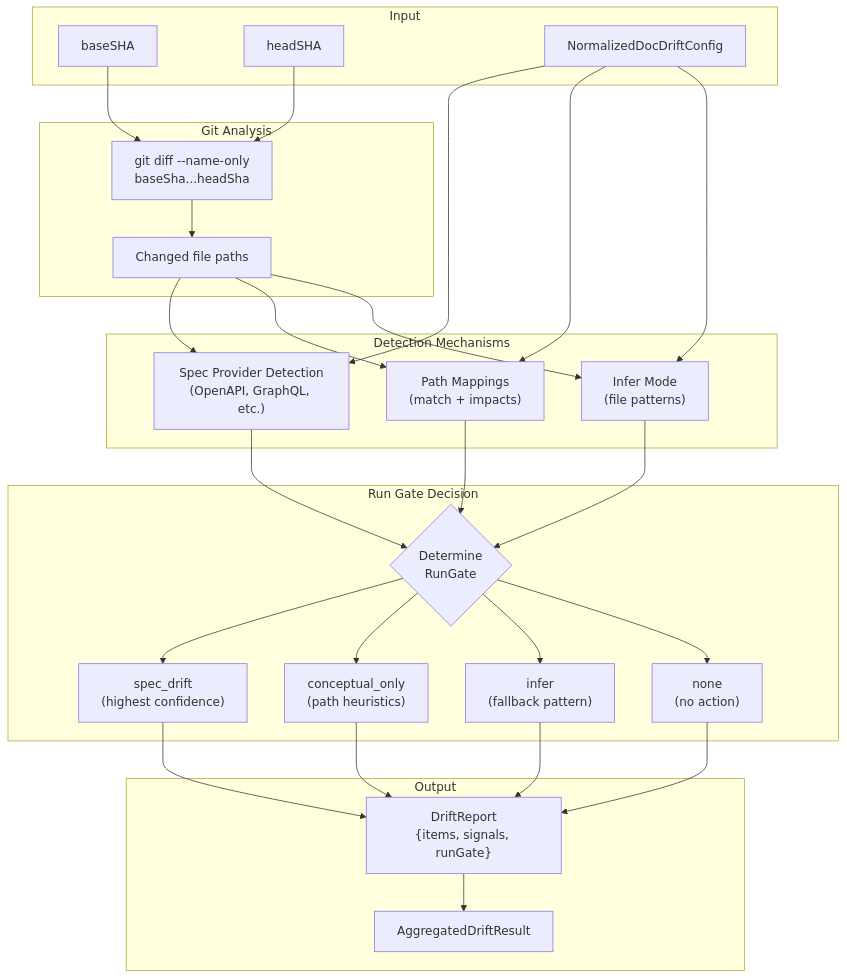
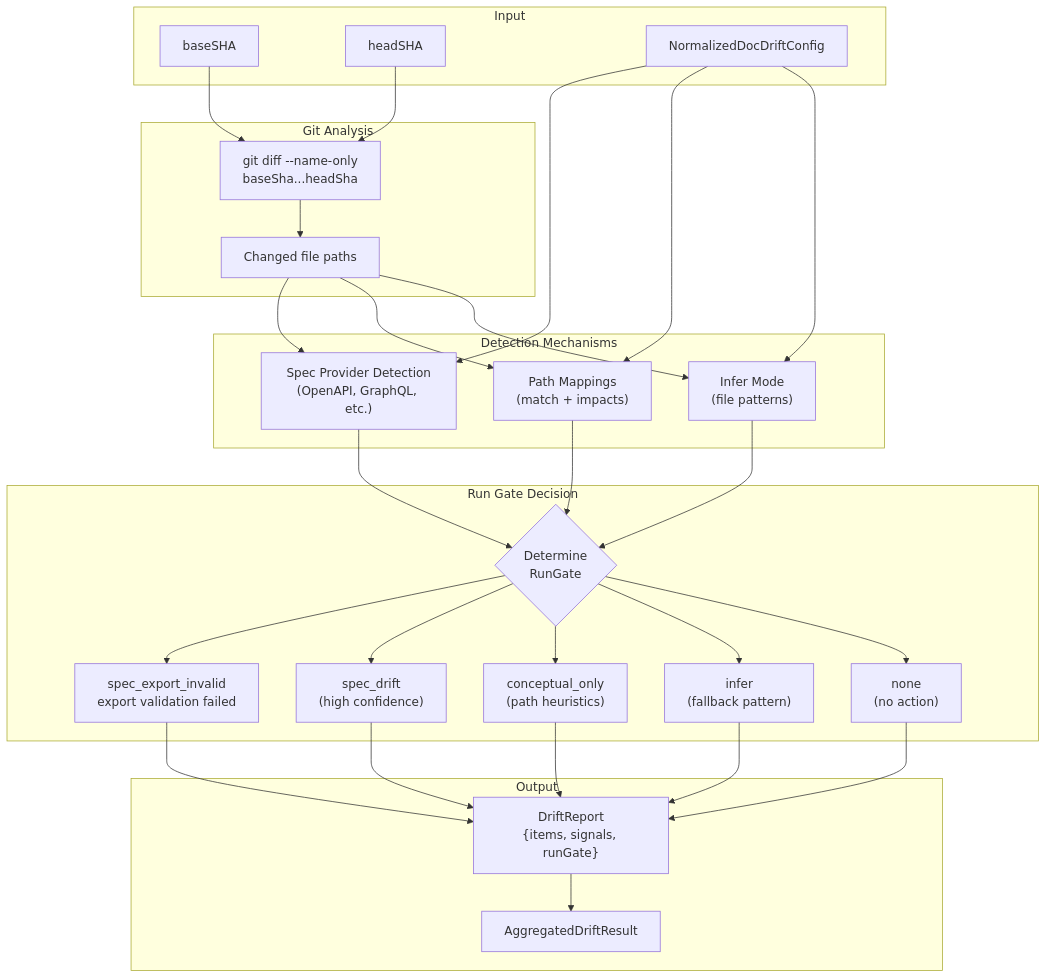
One commit to cameronking4/docdrift changed the second of 7 diagrams in docs/deepwiki/pages/overview.mdx. Above: the diagram before and after it, drawn with Mermaid. The commit also changed other lines of this file and 17 other files, not shown here.

First line of the commit message:
feat: introduce validation for OpenAPI spec completeness and update run gate logic

````diff
--- a/docs/deepwiki/pages/overview.mdx
+++ b/docs/deepwiki/pages/overview.mdx
@@ -158,59 +158,62 @@
 ```mermaid
 graph TB
     subgraph Input["Input"]
         BaseSHA["baseSHA"]
         HeadSHA["headSHA"]
         Config["NormalizedDocDriftConfig"]
     end
     
     subgraph GitAnalysis["Git Analysis"]
         GitDiff["git diff --name-only<br/>baseSha...headSha"]
         ChangedPaths["Changed file paths"]
     end
     
     subgraph DetectionMechanisms["Detection Mechanisms"]
         SpecProviders["Spec Provider Detection<br/>(OpenAPI, GraphQL, etc.)"]
         PathMappings["Path Mappings<br/>(match + impacts)"]
         InferMode["Infer Mode<br/>(file patterns)"]
     end
     
     subgraph RunGate["Run Gate Decision"]
         GateLogic{"Determine<br/>RunGate"}
-        SpecDrift["spec_drift<br/>(highest confidence)"]
+        SpecExportInvalid["spec_export_invalid<br/>export validation failed"]
+        SpecDrift["spec_drift<br/>(high confidence)"]
         ConceptualOnly["conceptual_only<br/>(path heuristics)"]
         Infer["infer<br/>(fallback pattern)"]
         None["none<br/>(no action)"]
     end
     
     subgraph Output["Output"]
         DriftReport["DriftReport<br/>{items, signals, runGate}"]
         Aggregated["AggregatedDriftResult"]
     end
     
     BaseSHA --> GitDiff
     HeadSHA --> GitDiff
     GitDiff --> ChangedPaths
     
     ChangedPaths --> SpecProviders
     ChangedPaths --> PathMappings
     ChangedPaths --> InferMode
     Config --> SpecProviders
     Config --> PathMappings
     Config --> InferMode
     
     SpecProviders --> GateLogic
     PathMappings --> GateLogic
     InferMode --> GateLogic
     
+    GateLogic --> SpecExportInvalid
     GateLogic --> SpecDrift
     GateLogic --> ConceptualOnly
     GateLogic --> Infer
     GateLogic --> None
     
+    SpecExportInvalid --> DriftReport
     SpecDrift --> DriftReport
     ConceptualOnly --> DriftReport
     Infer --> DriftReport
     None --> DriftReport
     
     DriftReport --> Aggregated
 ```
````
